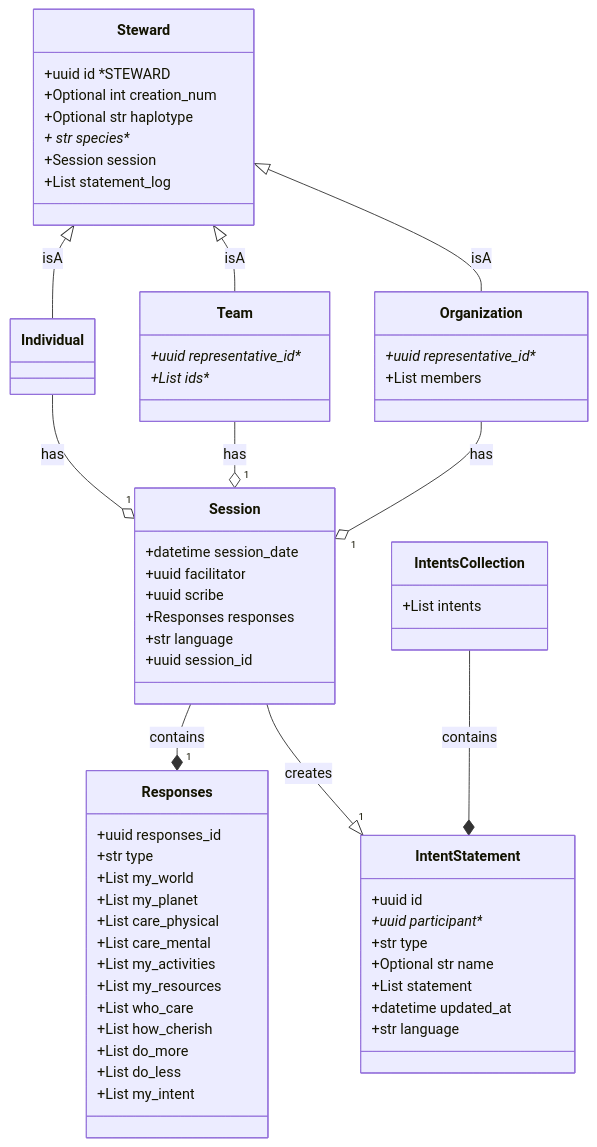
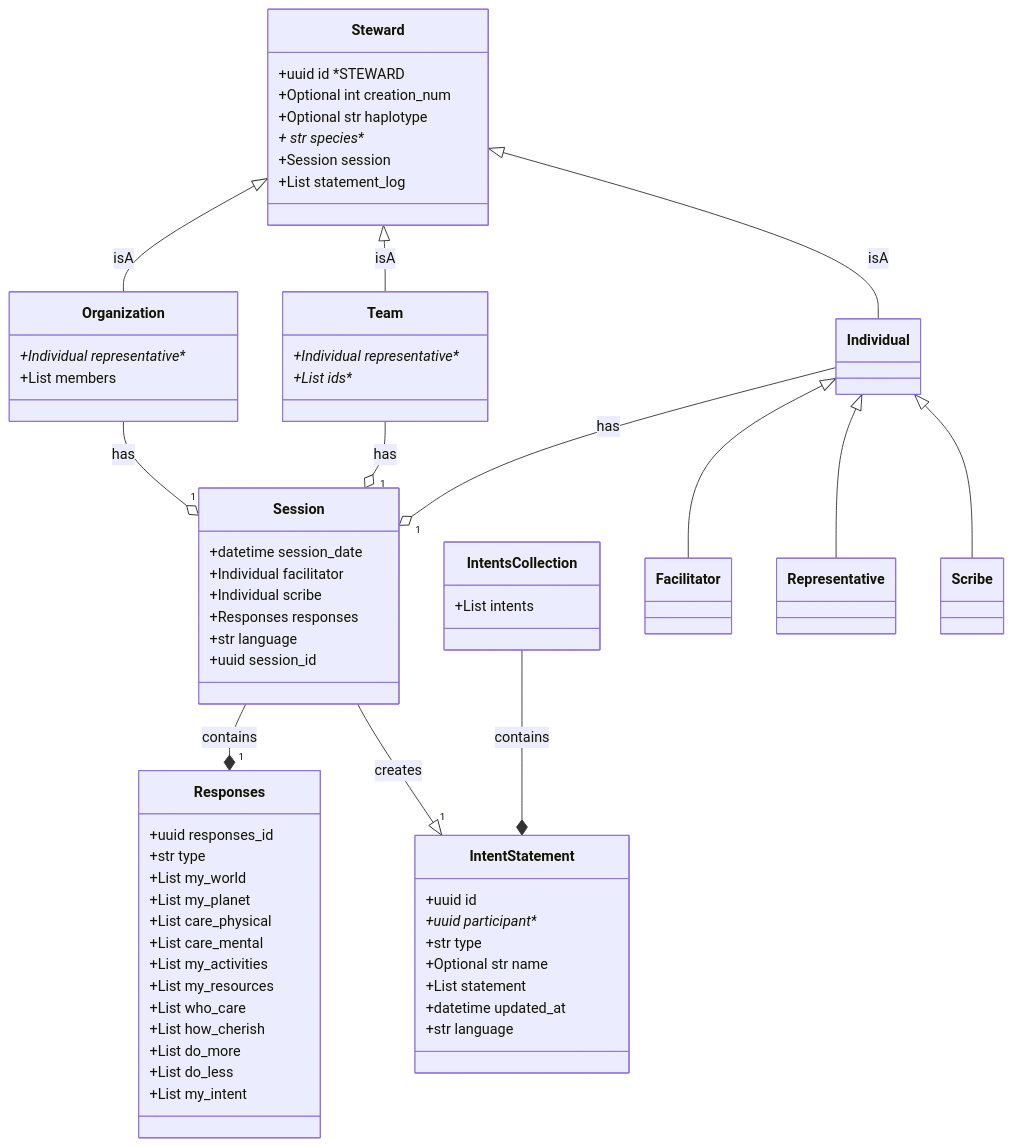
Before and after one commit to drew-wks/intent-for-the-planet: the diagram in docs/data_models_diagram.md, drawn with Mermaid.

````diff
--- a/docs/data_models_diagram.md
+++ b/docs/data_models_diagram.md
@@ -5,66 +5,69 @@
 ```mermaid
 classDiagram
     class Steward {
         +uuid id *STEWARD
         +Optional int creation_num
         +Optional str haplotype
         + str species**
         +Session session
         +List statement_log
     }
     class Individual {
     }
     class Team {
-        +uuid representative_id**
+        +Individual representative**
         +List ids**
     }
     class Organization {
-        +uuid representative_id**
+        +Individual representative**
         +List members
     }
     class Session {
         +datetime session_date
-        +uuid facilitator
-        +uuid scribe
+        +Individual facilitator
+        +Individual scribe
         +Responses responses
         +str language
         +uuid session_id
     }
     class Responses {
         +uuid responses_id
         +str type
         +List my_world
         +List my_planet
         +List care_physical
         +List care_mental
         +List my_activities
         +List my_resources
         +List who_care
         +List how_cherish
         +List do_more
         +List do_less
         +List my_intent
     }
     class IntentStatement {
         +uuid id
         +uuid participant**
         +str type
         +Optional str name
         +List statement
         +datetime updated_at
         +str language
     }
     class IntentsCollection {
         +List intents
     }
     IntentsCollection --* IntentStatement : contains
     Session --* "1" Responses : contains
     Steward <|-- Individual : isA
     Steward <|-- Team : isA
     Steward <|-- Organization : isA
     Session--|> "1" IntentStatement : creates
     Individual --o "1" Session : has
+    Individual <|-- Facilitator
+    Individual <|-- Representative
+    Individual <|-- Scribe
     Team --o "1" Session : has
     Organization --o "1" Session : has
 
 ```
````
